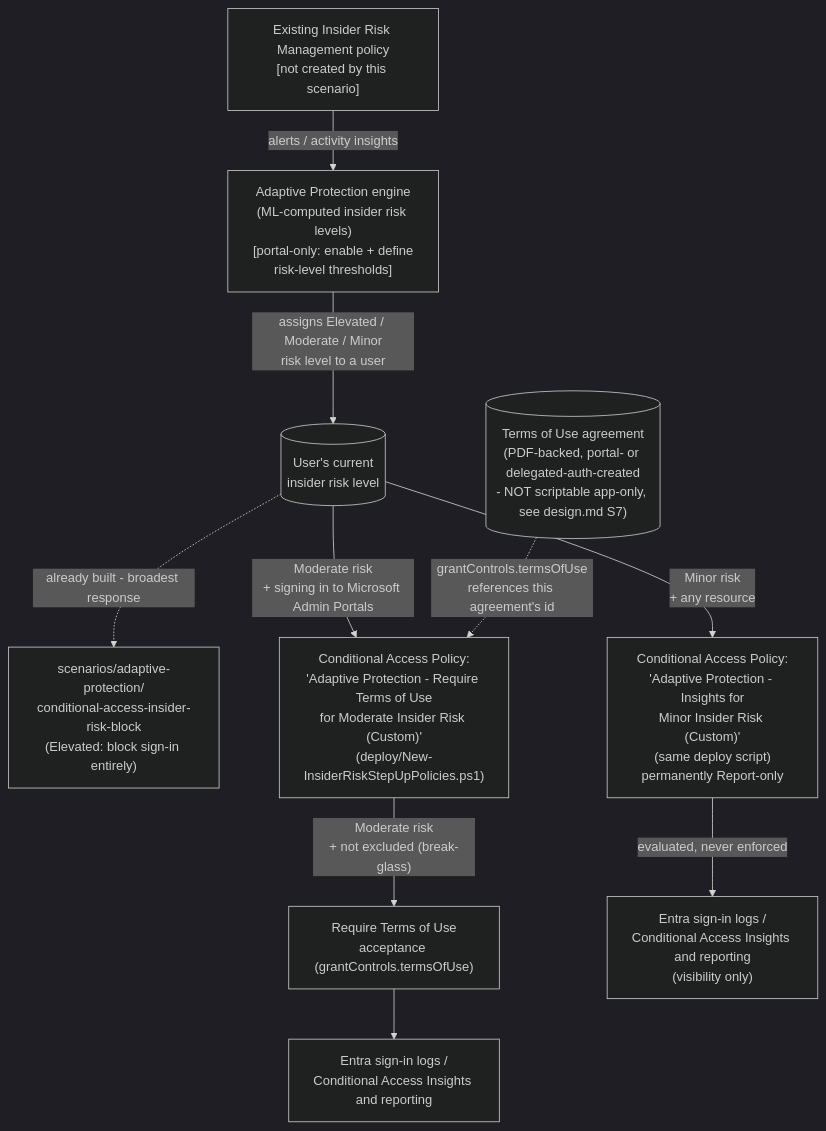
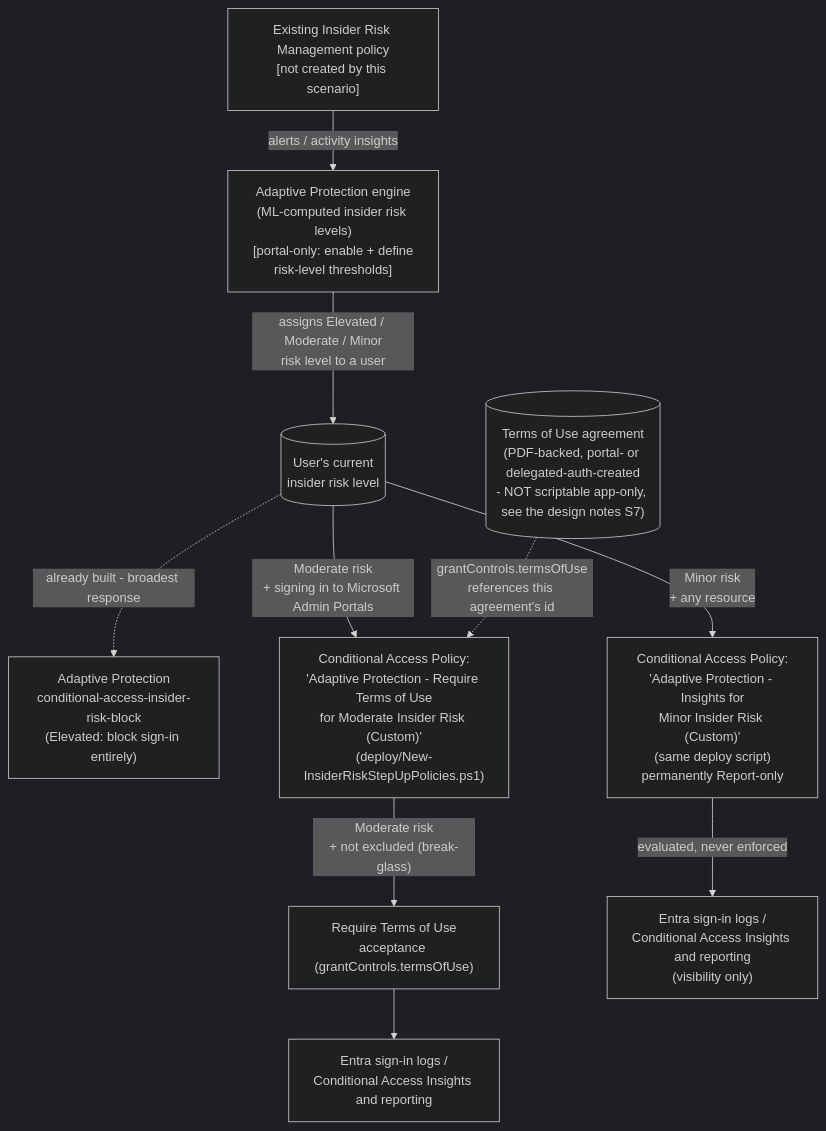
One commit to kpsec1/kpsec1.github.io changed the diagram in src/content/scenarios/adaptive-protection/conditional-access-insider-risk-step-up-auth.design.md. Above: the diagram before and after it, drawn with Mermaid (dark theme). The commit also changed 269 other files, not shown here.

````diff
--- a/src/content/scenarios/adaptive-protection/conditional-access-insider-risk-step-up-auth.design.md
+++ b/src/content/scenarios/adaptive-protection/conditional-access-insider-risk-step-up-auth.design.md
@@ -68,12 +68,12 @@
 ```mermaid
 flowchart TD
     IRM["Existing Insider Risk Management policy\n[not created by this scenario]"] -->|alerts / activity insights| APEngine["Adaptive Protection engine\n(ML-computed insider risk levels)\n[portal-only: enable + define\nrisk-level thresholds]"]
     APEngine -->|"assigns Elevated / Moderate / Minor\nrisk level to a user"| RiskLevel[("User's current\ninsider risk level")]
-    RiskLevel -.->|"already built - broadest response"| ElevatedSibling["scenarios/adaptive-protection/\nconditional-access-insider-risk-block\n(Elevated: block sign-in entirely)"]
+    RiskLevel -.->|"already built - broadest response"| ElevatedSibling["Adaptive Protection\nconditional-access-insider-risk-block\n(Elevated: block sign-in entirely)"]
     RiskLevel -->|"Moderate risk\n+ signing in to Microsoft Admin Portals"| ModeratePolicy["Conditional Access Policy:\n'Adaptive Protection - Require Terms of Use\nfor Moderate Insider Risk (Custom)'\n(deploy/New-InsiderRiskStepUpPolicies.ps1)"]
     ModeratePolicy -->|"Moderate risk\n+ not excluded (break-glass)"| ToU["Require Terms of Use\nacceptance (grantControls.termsOfUse)"]
     RiskLevel -->|"Minor risk\n+ any resource"| MinorPolicy["Conditional Access Policy:\n'Adaptive Protection - Insights for\nMinor Insider Risk (Custom)'\n(same deploy script)\npermanently Report-only"]
     MinorPolicy -->|"evaluated, never enforced"| Insights["Entra sign-in logs /\nConditional Access Insights and reporting\n(visibility only)"]
     ToU --> Reports["Entra sign-in logs /\nConditional Access Insights and reporting"]
-    ToUAgreement[("Terms of Use agreement\n(PDF-backed, portal- or delegated-auth-created\n- NOT scriptable app-only, see design.md S7)")] -.->|"grantControls.termsOfUse\nreferences this agreement's id"| ModeratePolicy
+    ToUAgreement[("Terms of Use agreement\n(PDF-backed, portal- or delegated-auth-created\n- NOT scriptable app-only, see the design notes S7)")] -.->|"grantControls.termsOfUse\nreferences this agreement's id"| ModeratePolicy
 ```
````
